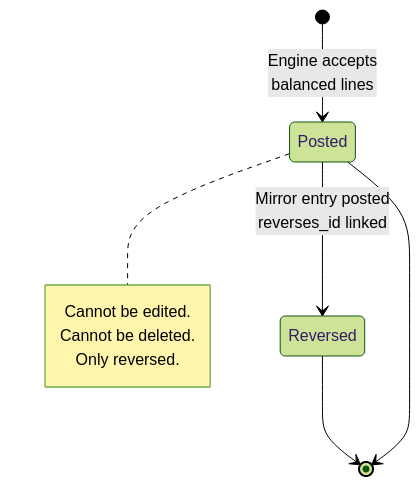
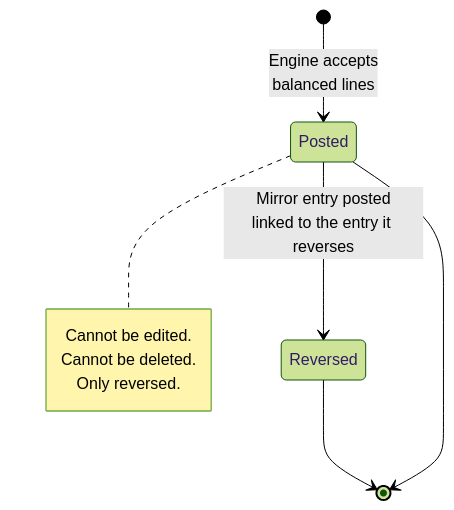
Before and after one commit to quilit-dev/quilit-erp: the diagram in docs/manual/docs/finance/accounting.md, drawn with Mermaid (forest theme). The commit also changed other lines of this file and 58 other files, not shown here.

````diff
--- a/docs/manual/docs/finance/accounting.md
+++ b/docs/manual/docs/finance/accounting.md
@@ -264,13 +264,13 @@
 ```mermaid
 stateDiagram-v2
     [*] --> Posted : Engine accepts<br/>balanced lines
-    Posted --> Reversed : Mirror entry posted<br/>reverses_id linked
+    Posted --> Reversed : Mirror entry posted<br/>linked to the entry it reverses
     Reversed --> [*]
     Posted --> [*]
 
     note right of Posted
         Cannot be edited.
         Cannot be deleted.
         Only reversed.
     end note
 ```
````
